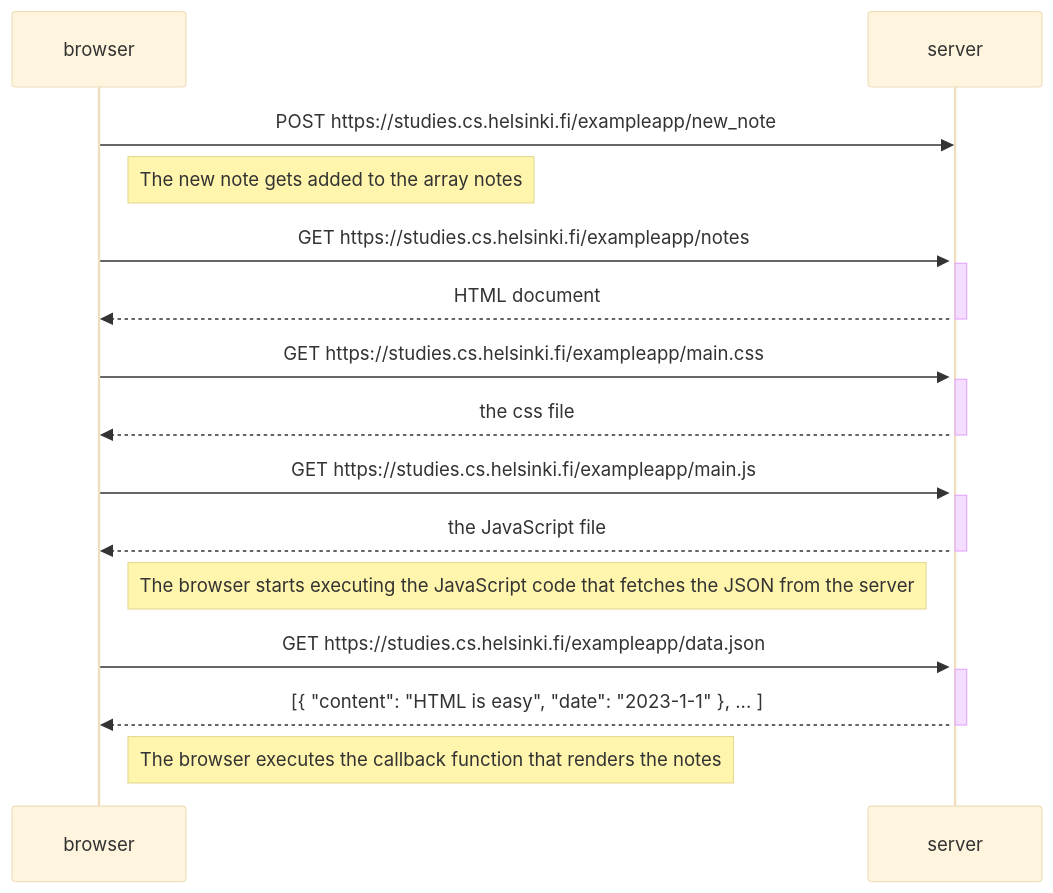
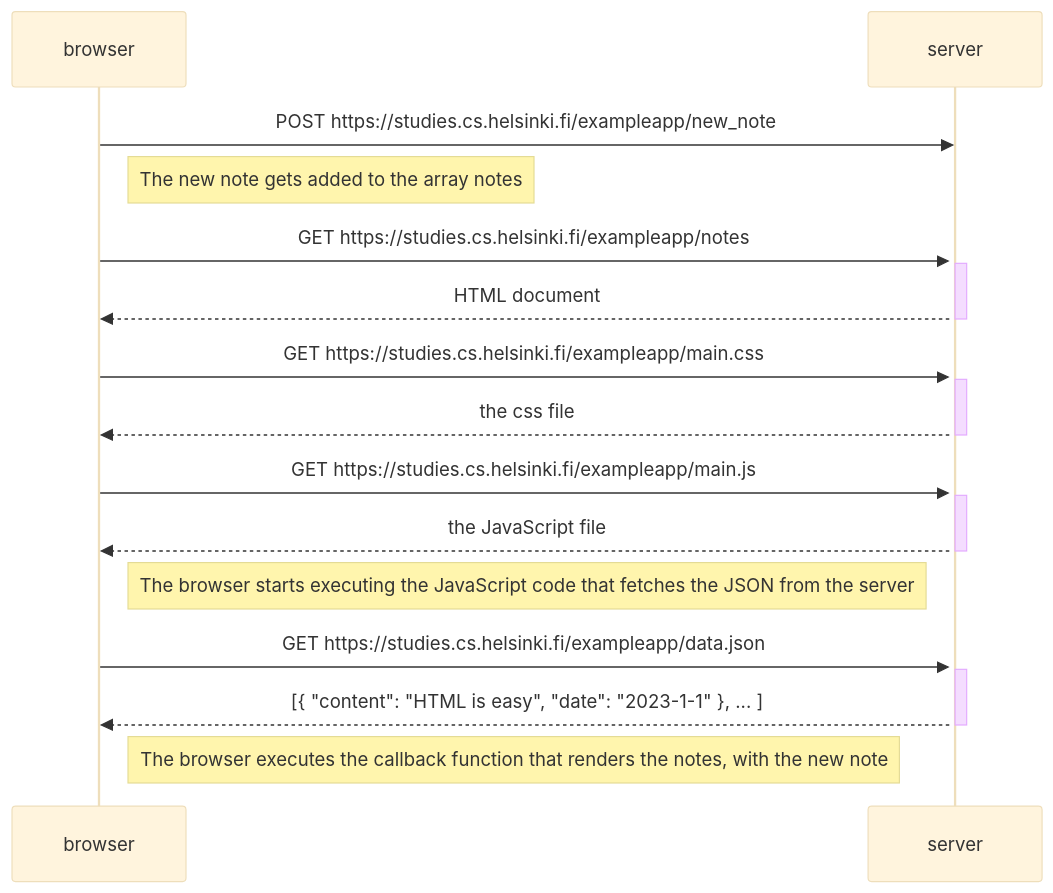
One commit to vtbmro/full-stack-open changed the diagram in part0/0.4.md. Above: the diagram before and after it, drawn with Mermaid (base theme).

Commit message:
finished 0.4

````diff
--- a/part0/0.4.md
+++ b/part0/0.4.md
@@ -2,33 +2,33 @@
 ```mermaid
 sequenceDiagram
     participant browser
     participant server
 
     browser->>server: POST https://studies.cs.helsinki.fi/exampleapp/new_note
     Note right of browser: The new note gets added to the array notes
     activate server
 
     browser->>server: GET https://studies.cs.helsinki.fi/exampleapp/notes
     activate server
     server-->>browser: HTML document
     deactivate server
 
     browser->>server: GET https://studies.cs.helsinki.fi/exampleapp/main.css
     activate server
     server-->>browser: the css file
     deactivate server
 
     browser->>server: GET https://studies.cs.helsinki.fi/exampleapp/main.js
     activate server
     server-->>browser: the JavaScript file
     deactivate server
 
     Note right of browser: The browser starts executing the JavaScript code that fetches the JSON from the server
 
     browser->>server: GET https://studies.cs.helsinki.fi/exampleapp/data.json
     activate server
     server-->>browser: [{ "content": "HTML is easy", "date": "2023-1-1" }, ... ]
     deactivate server
 
-    Note right of browser: The browser executes the callback function that renders the notes
+    Note right of browser: The browser executes the callback function that renders the notes, with the new note 
 ```
````
